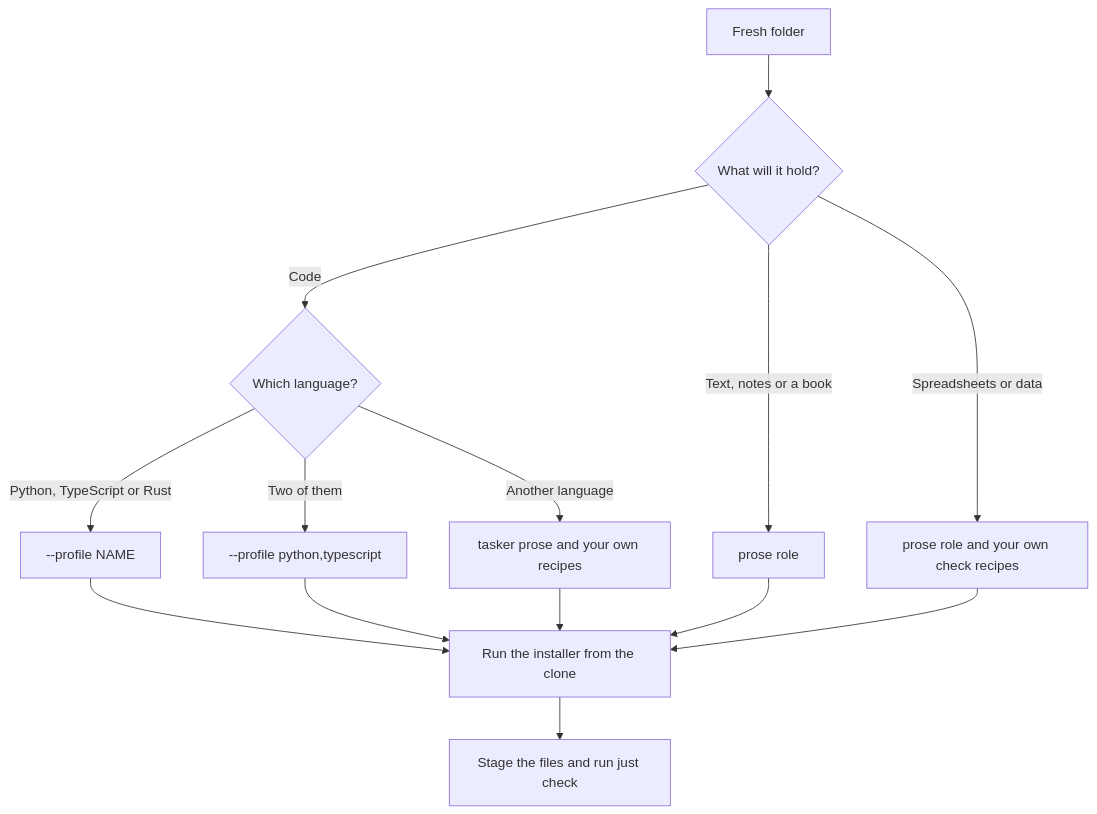
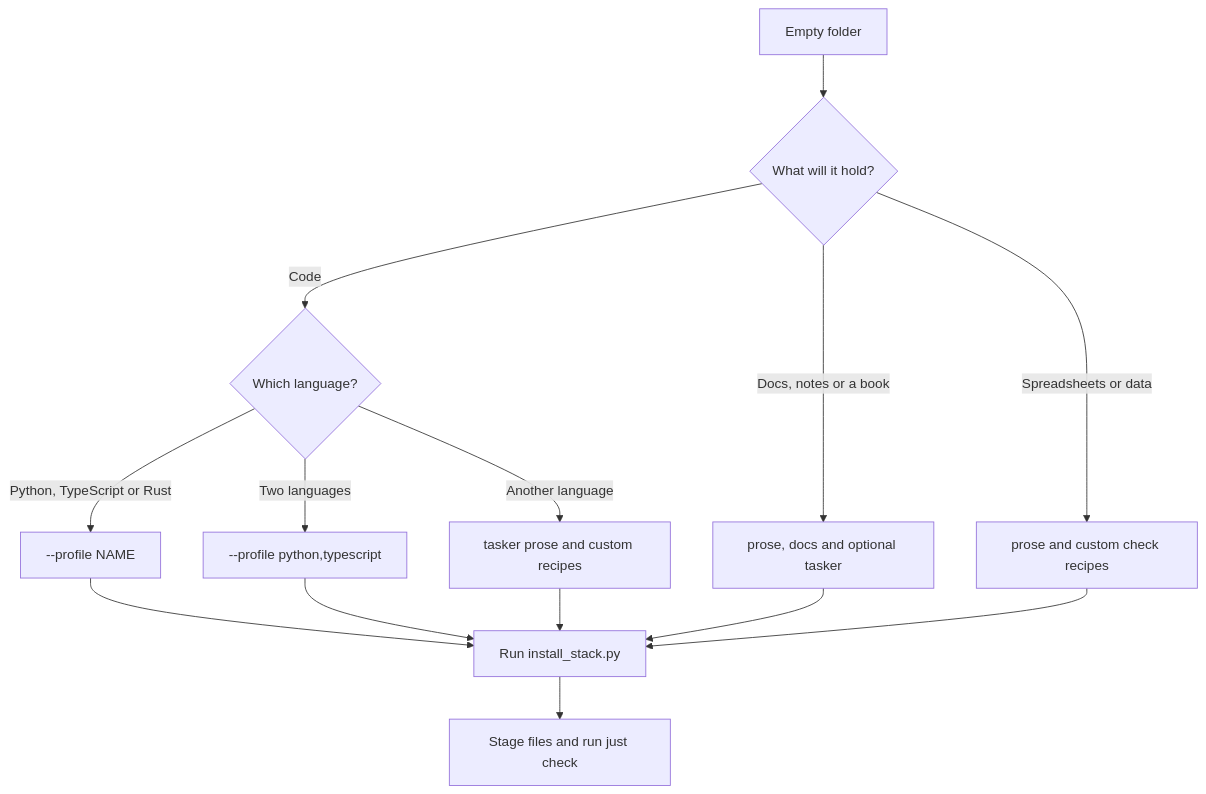
Before and after one commit to rahuldave/dev.smallish.dev: the diagram in docs/fresh-folder.md, drawn with Mermaid. The commit also changed other lines of this file and 5 other files, not shown here.

````diff
--- a/docs/fresh-folder.md
+++ b/docs/fresh-folder.md
@@ -76,16 +87,16 @@
 ```{mermaid}
 flowchart TD
-    start[Fresh folder] --> kind{What will it hold?}
+    start[Empty folder] --> kind{What will it hold?}
     kind -->|Code| language{Which language?}
-    kind -->|Text, notes or a book| text[prose role]
-    kind -->|Spreadsheets or data| data[prose role and your own check recipes]
+    kind -->|Docs, notes or a book| text[prose, docs and optional tasker]
+    kind -->|Spreadsheets or data| data[prose and custom check recipes]
     language -->|Python, TypeScript or Rust| profile[--profile NAME]
-    language -->|Two of them| two[--profile python,typescript]
-    language -->|Another language| custom[tasker prose and your own recipes]
-    profile --> install[Run the installer from the clone]
+    language -->|Two languages| two[--profile python,typescript]
+    language -->|Another language| custom[tasker prose and custom recipes]
+    profile --> install[Run install_stack.py]
     two --> install
     custom --> install
     text --> install
     data --> install
-    install --> check[Stage the files and run just check]
+    install --> check[Stage files and run just check]
 ```
````
